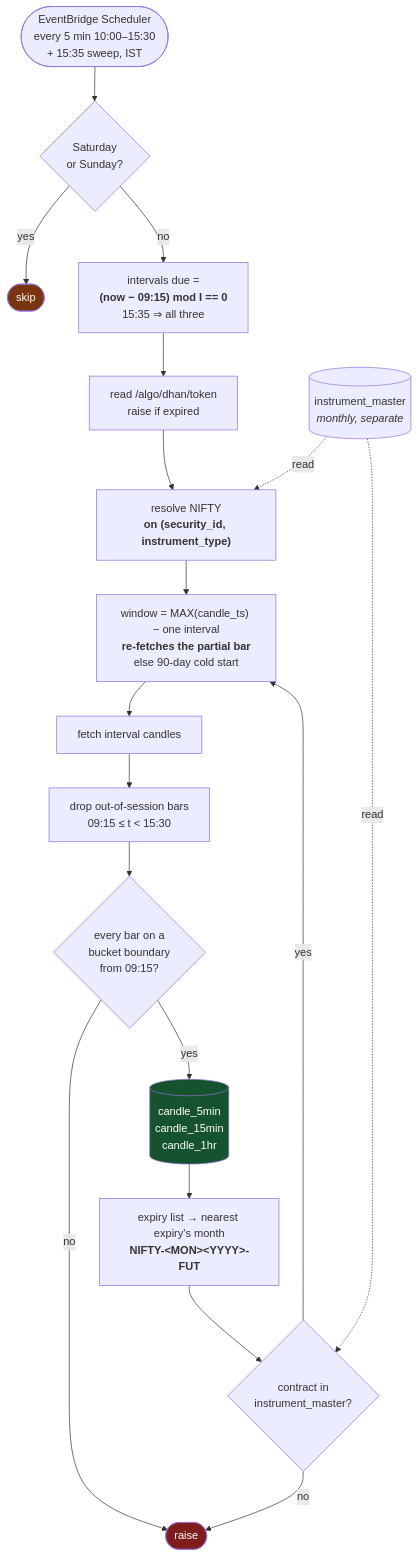
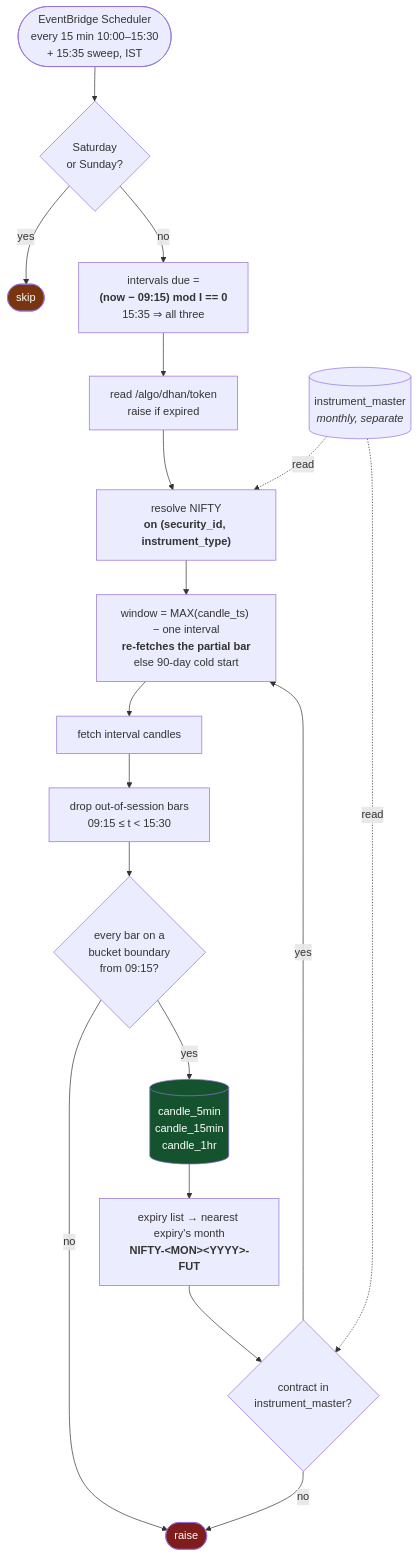
The fifth of 7 diagrams in docs/flow.md (amar7585/aws-algo-claude), drawn with Mermaid before and after one commit. The commit also changed other lines of this file and 47 other files, not shown here.

````diff
--- a/docs/flow.md
+++ b/docs/flow.md
@@ -238,28 +249,28 @@
 ```mermaid
 flowchart TD
-    START(["EventBridge Scheduler<br/>every 5 min 10:00–15:30<br/>+ 15:35 sweep, IST"]) --> WKND{"Saturday<br/>or Sunday?"}
+    START(["EventBridge Scheduler<br/>every 15 min 10:00–15:30<br/>+ 15:35 sweep, IST"]) --> WKND{"Saturday<br/>or Sunday?"}
     WKND -->|yes| SKIP(["skip"])
     WKND -->|no| DUE["intervals due =<br/><b>(now − 09:15) mod I == 0</b><br/>15:35 ⇒ all three"]
 
     DUE --> TOK["read /algo/dhan/token<br/>raise if expired"]
     TOK --> NIFTY["resolve NIFTY<br/><b>on (security_id, instrument_type)</b>"]
 
     NIFTY --> WIN["window = MAX(candle_ts) − one interval<br/><b>re-fetches the partial bar</b><br/>else 90-day cold start"]
     WIN --> FETCH["fetch interval candles"]
     FETCH --> FILTER["drop out-of-session bars<br/>09:15 ≤ t &lt; 15:30"]
     FILTER --> ALIGN{"every bar on a<br/>bucket boundary<br/>from 09:15?"}
     ALIGN -->|no| RAISE(["raise"])
     ALIGN -->|yes| UPSERT[("candle_5min<br/>candle_15min<br/>candle_1hr")]
 
     UPSERT --> EXP["expiry list → nearest expiry's month<br/><b>NIFTY-&lt;MON&gt;&lt;YYYY&gt;-FUT</b>"]
     EXP --> FUT{"contract in<br/>instrument_master?"}
     FUT -->|no| RAISE
     FUT -->|yes| WIN
 
     IM[("instrument_master<br/><i>monthly, separate</i>")] -.read.-> NIFTY
     IM -.read.-> FUT
 
     style SKIP fill:#78350f,color:#fff
     style RAISE fill:#7f1d1d,color:#fff
     style UPSERT fill:#14532d,color:#fff
 ```
````
